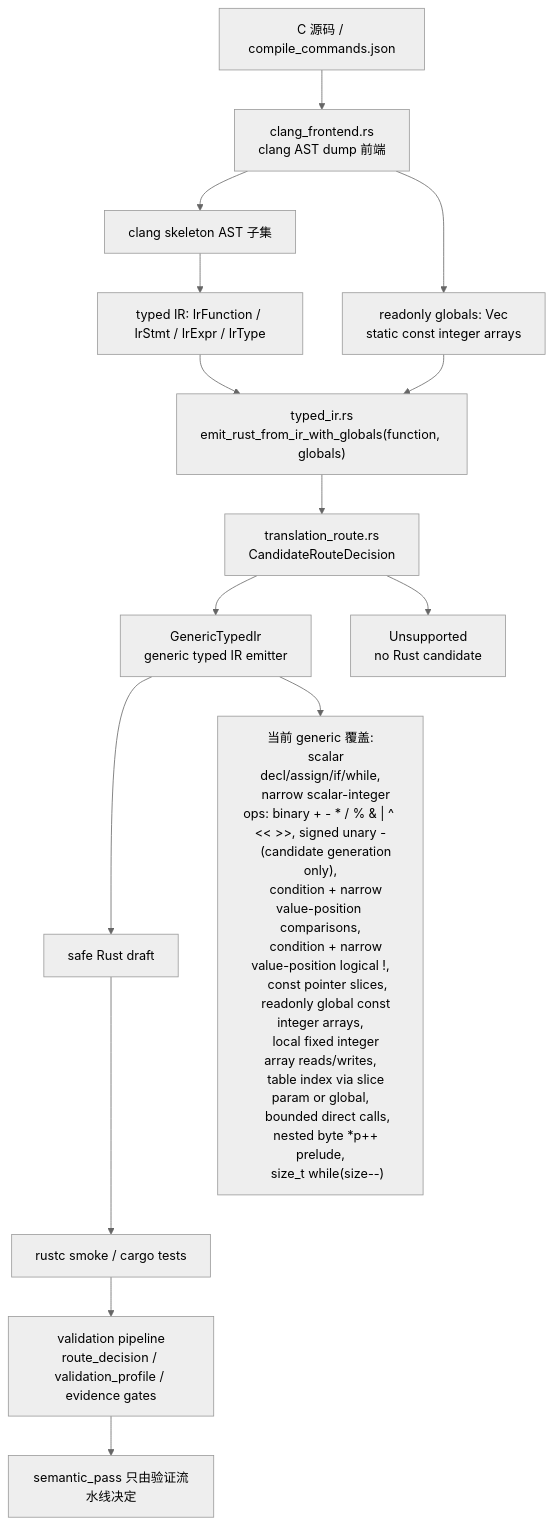
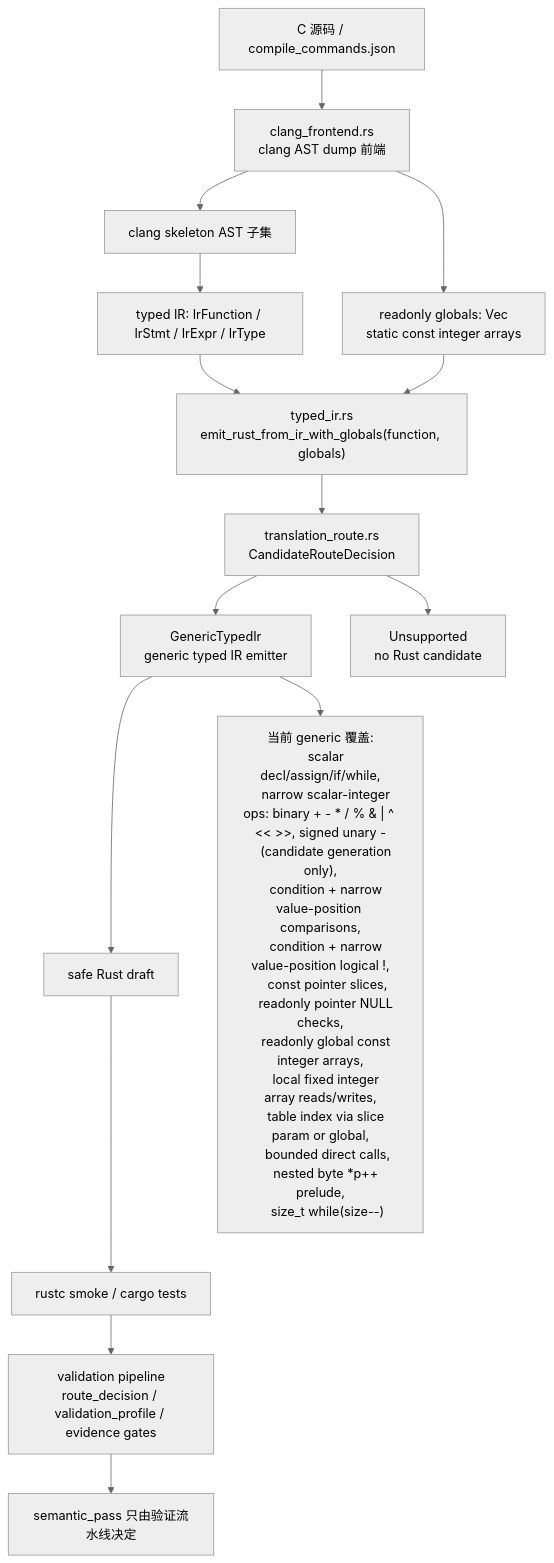
Before and after one commit to guoqihan342-svg/c-to-rust: the diagram in docs/c2rust-migration-agent/core-translation-architecture.md, drawn with Mermaid (neutral theme). The commit also changed other lines of this file and 10 other files, not shown here.

Commit message:
Support readonly pointer null presence in typed IR

````diff
--- a/docs/c2rust-migration-agent/core-translation-architecture.md
+++ b/docs/c2rust-migration-agent/core-translation-architecture.md
@@ -7,30 +7,31 @@
 ```mermaid
 flowchart TD
     C["C 源码 / compile_commands.json"] --> Clang["clang_frontend.rs<br/>clang AST dump 前端"]
     Clang --> Skeleton["clang skeleton AST 子集"]
     Skeleton --> IR["typed IR: IrFunction / IrStmt / IrExpr / IrType"]
     Clang --> Globals["readonly globals: Vec<IrGlobal><br/>static const integer arrays"]
     IR --> EmitCtx["typed_ir.rs<br/>emit_rust_from_ir_with_globals(function, globals)"]
     Globals --> EmitCtx
     EmitCtx --> RouteMeta["translation_route.rs<br/>CandidateRouteDecision"]
     RouteMeta --> Generic["GenericTypedIr<br/>generic typed IR emitter"]
     RouteMeta --> Unsupported["Unsupported<br/>no Rust candidate"]
     Generic --> Rust["safe Rust draft"]
     Rust --> Rustc["rustc smoke / cargo tests"]
     Rustc --> Validation["validation pipeline<br/>route_decision / validation_profile / evidence gates"]
 
     Generic --> Supported["当前 generic 覆盖:
     scalar decl/assign/if/while,
     narrow scalar-integer ops: binary + - * / % & | ^ << >>, signed unary -
     (candidate generation only),
     condition + narrow value-position comparisons,
     condition + narrow value-position logical !,
     const pointer slices,
+    readonly pointer NULL checks,
     readonly global const integer arrays,
     local fixed integer array reads/writes,
     table index via slice param or global,
     bounded direct calls,
     nested byte *p++ prelude,
     size_t while(size--)"]
     Validation --> Semantic["semantic_pass 只由验证流水线决定"]
 ```
````
